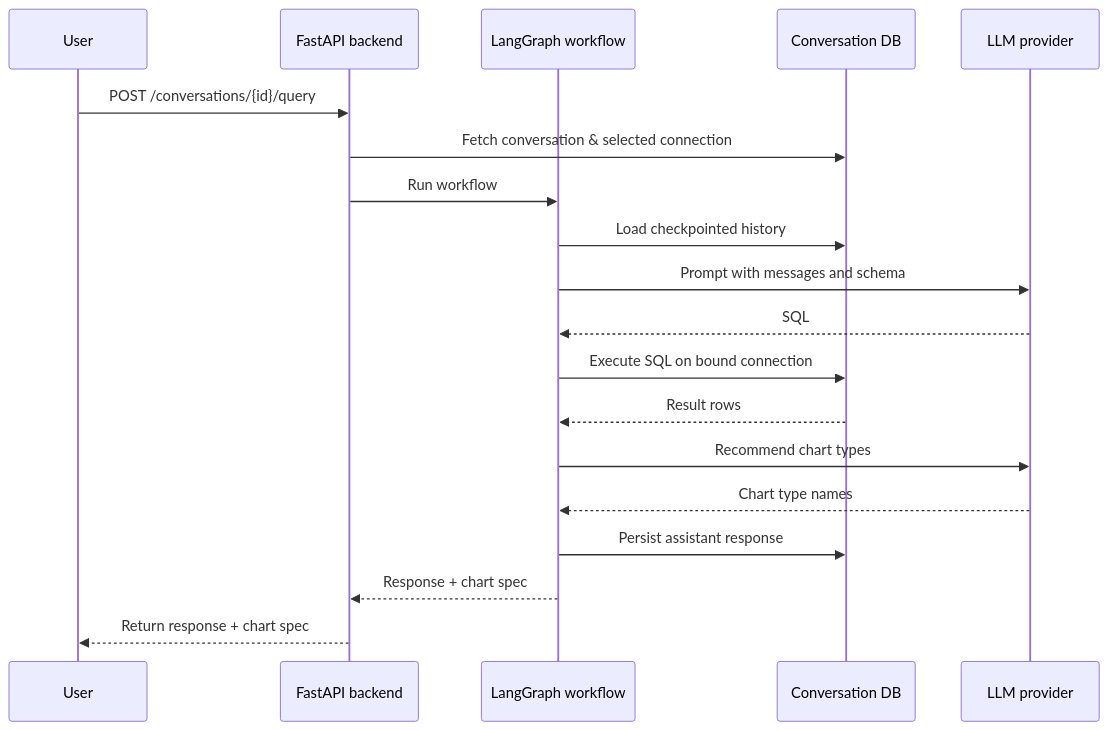
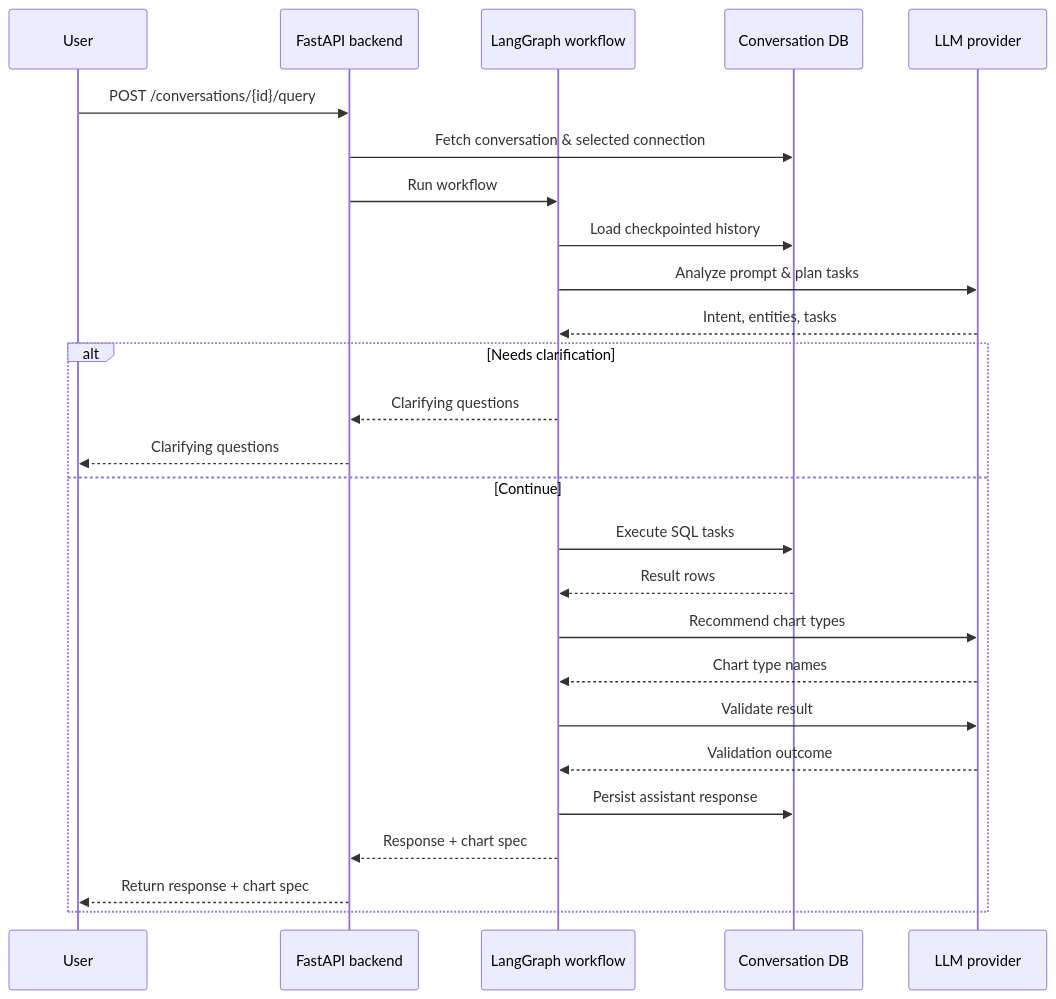
The second of 4 diagrams in README.md (benjyongzh/llm-data-analyst), drawn with Mermaid before and after one commit. The commit also changed other lines of this file and 2 other files, not shown here.

````diff
--- a/README.md
+++ b/README.md
@@ -169,22 +169,29 @@
 ```mermaid
 sequenceDiagram
     participant U as User
     participant API as FastAPI backend
     participant WF as LangGraph workflow
     participant DB as Conversation DB
     participant LLM as LLM provider
 
     U->>API: POST /conversations/{id}/query
     API->>DB: Fetch conversation & selected connection
     API->>WF: Run workflow
     WF->>DB: Load checkpointed history
-    WF->>LLM: Prompt with messages and schema
-    LLM-->>WF: SQL
-    WF->>DB: Execute SQL on bound connection
-    DB-->>WF: Result rows
-    WF->>LLM: Recommend chart types
-    LLM-->>WF: Chart type names
-    WF->>DB: Persist assistant response
-    WF-->>API: Response + chart spec
-    API-->>U: Return response + chart spec
+    WF->>LLM: Analyze prompt & plan tasks
+    LLM-->>WF: Intent, entities, tasks
+    alt Needs clarification
+        WF-->>API: Clarifying questions
+        API-->>U: Clarifying questions
+    else Continue
+        WF->>DB: Execute SQL tasks
+        DB-->>WF: Result rows
+        WF->>LLM: Recommend chart types
+        LLM-->>WF: Chart type names
+        WF->>LLM: Validate result
+        LLM-->>WF: Validation outcome
+        WF->>DB: Persist assistant response
+        WF-->>API: Response + chart spec
+        API-->>U: Return response + chart spec
+    end
 ```
````
